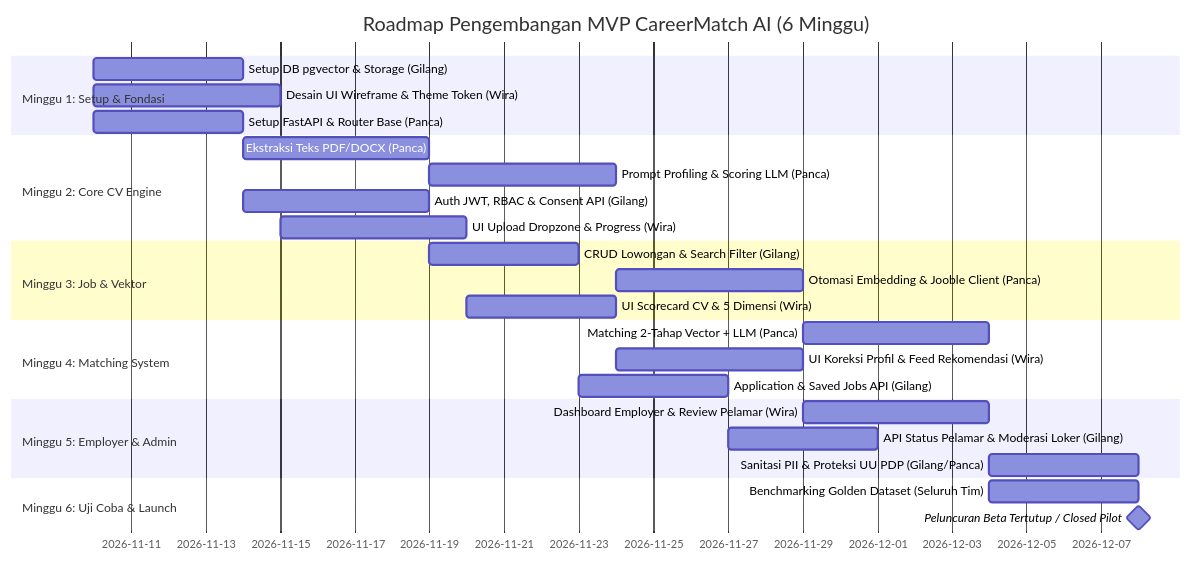
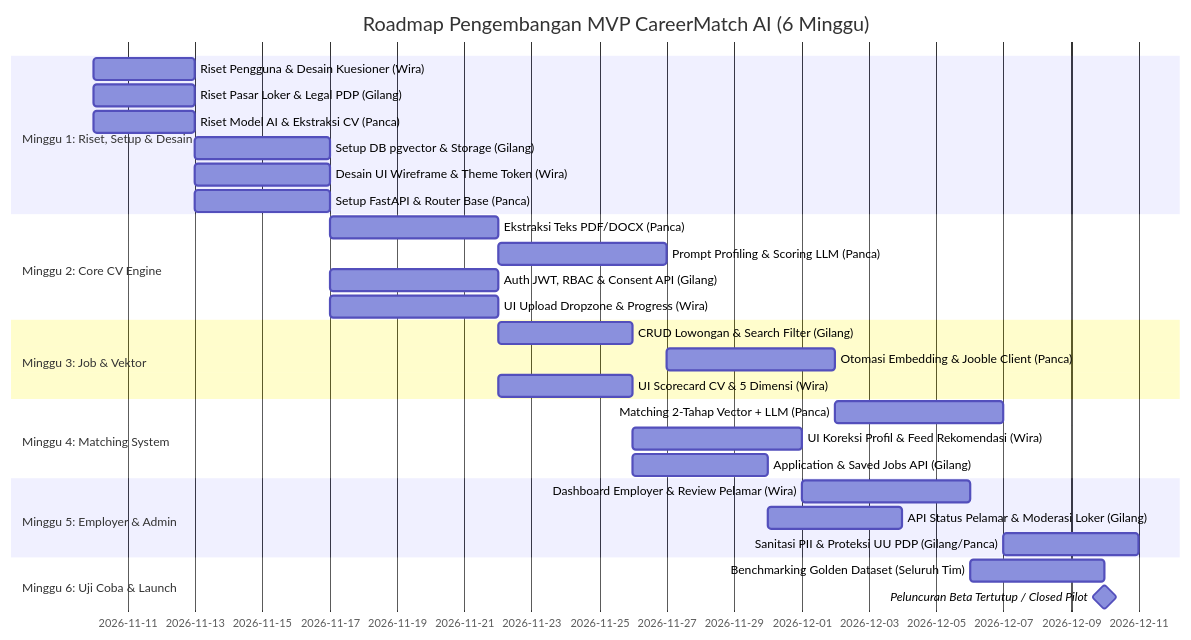
Before and after one commit to DanuZen/Technopreuneur-: the diagram in docs/tasks.md, drawn with Mermaid. The commit also changed other lines of this file, not shown here.

````diff
--- a/docs/tasks.md
+++ b/docs/tasks.md
@@ -75,29 +133,32 @@
 ```mermaid
 gantt
     title Roadmap Pengembangan MVP CareerMatch AI (6 Minggu)
     dateFormat  YYYY-MM-DD
-    section Minggu 1: Setup & Fondasi
-    Setup DB pgvector & Storage (Gilang)        :w1_1, 2026-11-10, 4d
-    Desain UI Wireframe & Theme Token (Wira)    :w1_2, 2026-11-10, 5d
-    Setup FastAPI & Router Base (Panca)         :w1_3, 2026-11-10, 4d
+    section Minggu 1: Riset, Setup & Desain
+    Riset Pengguna & Desain Kuesioner (Wira)    :w1_0, 2026-11-10, 3d
+    Riset Pasar Loker & Legal PDP (Gilang)      :w1_0b, 2026-11-10, 3d
+    Riset Model AI & Ekstraksi CV (Panca)       :w1_0c, 2026-11-10, 3d
+    Setup DB pgvector & Storage (Gilang)        :w1_1, after w1_0b, 4d
+    Desain UI Wireframe & Theme Token (Wira)    :w1_2, after w1_0, 4d
+    Setup FastAPI & Router Base (Panca)         :w1_3, after w1_0c, 4d
     section Minggu 2: Core CV Engine
     Ekstraksi Teks PDF/DOCX (Panca)             :w2_1, after w1_3, 5d
     Prompt Profiling & Scoring LLM (Panca)      :w2_2, after w2_1, 5d
     Auth JWT, RBAC & Consent API (Gilang)       :w2_3, after w1_1, 5d
     UI Upload Dropzone & Progress (Wira)        :w2_4, after w1_2, 5d
     section Minggu 3: Job & Vektor
     CRUD Lowongan & Search Filter (Gilang)      :w3_1, after w2_3, 4d
     Otomasi Embedding & Jooble Client (Panca)   :w3_2, after w2_2, 5d
     UI Scorecard CV & 5 Dimensi (Wira)          :w3_3, after w2_4, 4d
     section Minggu 4: Matching System
     Matching 2-Tahap Vector + LLM (Panca)       :w4_1, after w3_2, 5d
     UI Koreksi Profil & Feed Rekomendasi (Wira) :w4_2, after w3_3, 5d
     Application & Saved Jobs API (Gilang)       :w4_3, after w3_1, 4d
     section Minggu 5: Employer & Admin
     Dashboard Employer & Review Pelamar (Wira)  :w5_1, after w4_2, 5d
     API Status Pelamar & Moderasi Loker (Gilang):w5_2, after w4_3, 4d
     Sanitasi PII & Proteksi UU PDP (Gilang/Panca):w5_3, after w4_1, 4d
     section Minggu 6: Uji Coba & Launch
     Benchmarking Golden Dataset (Seluruh Tim)   :w6_1, after w5_1, 4d
     Peluncuran Beta Tertutup / Closed Pilot     :milestone, after w6_1, 0d
 ```
````
